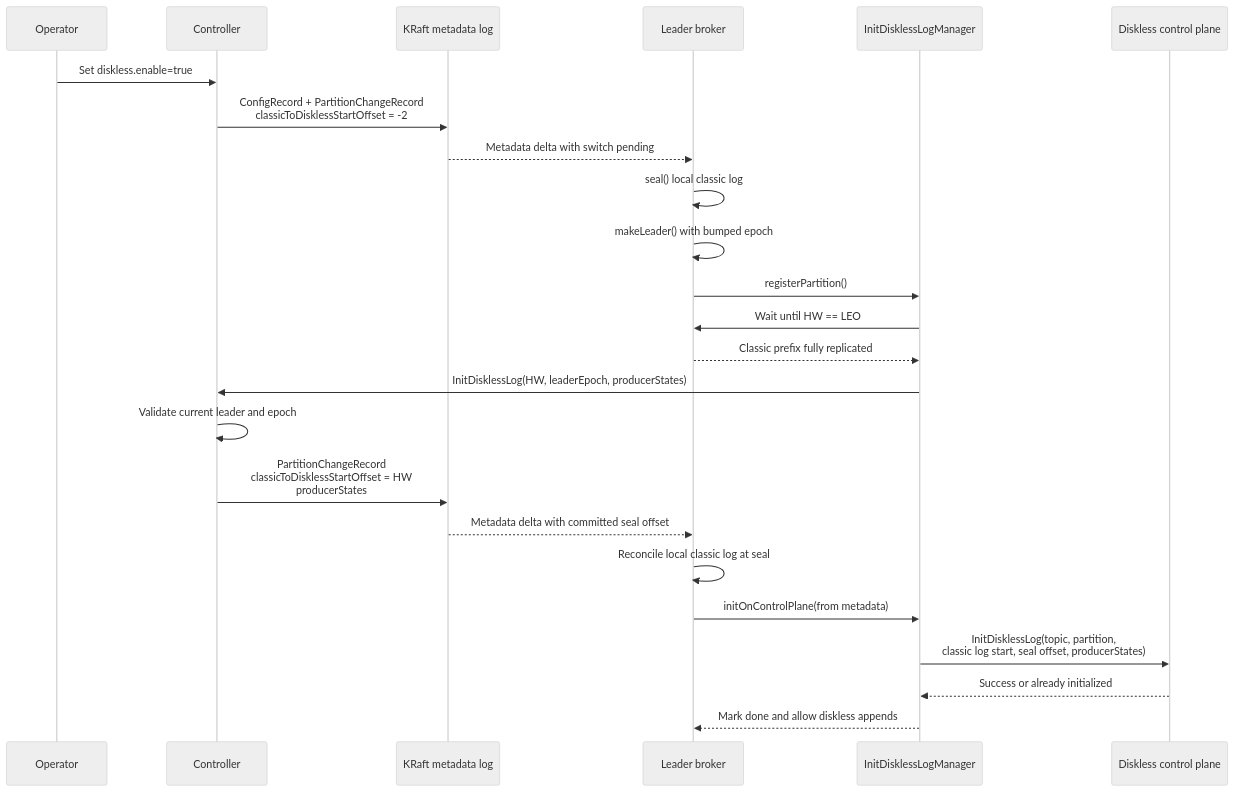
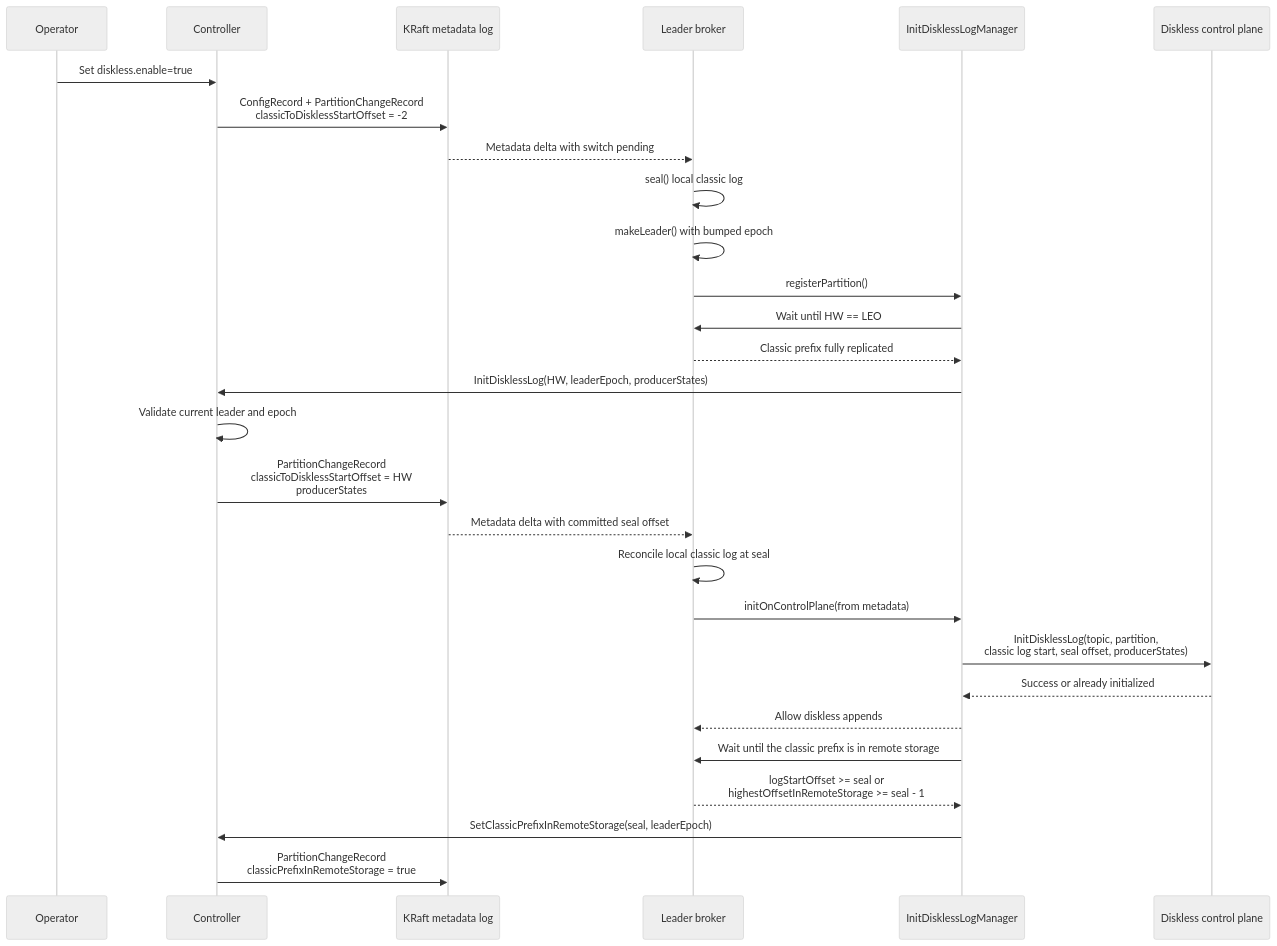
Before and after one commit to aiven/inkless: the diagram in docs/inkless/CLASSIC_TO_DISKLESS_SWITCH.md, drawn with Mermaid (neutral theme). The commit also changed other lines of this file, not shown here.

First line of the commit message:
docs(inkless:switch): document the classic-prefix upload and flag request [KC-588]

````diff
--- a/docs/inkless/CLASSIC_TO_DISKLESS_SWITCH.md
+++ b/docs/inkless/CLASSIC_TO_DISKLESS_SWITCH.md
@@ -40,31 +40,36 @@
 ```mermaid
 sequenceDiagram
     participant Operator
     participant Controller
     participant MetadataLog as KRaft metadata log
     participant Leader as Leader broker
     participant InitManager as InitDisklessLogManager
     participant ControlPlane as Diskless control plane
 
     Operator->>Controller: Set diskless.enable=true
     Controller->>MetadataLog: ConfigRecord + PartitionChangeRecord<br/>classicToDisklessStartOffset = -2
     MetadataLog-->>Leader: Metadata delta with switch pending
 
     Leader->>Leader: seal() local classic log
     Leader->>Leader: makeLeader() with bumped epoch
     Leader->>InitManager: registerPartition()
 
     InitManager->>Leader: Wait until HW == LEO
     Leader-->>InitManager: Classic prefix fully replicated
     InitManager->>Controller: InitDisklessLog(HW, leaderEpoch, producerStates)
 
     Controller->>Controller: Validate current leader and epoch
     Controller->>MetadataLog: PartitionChangeRecord<br/>classicToDisklessStartOffset = HW<br/>producerStates
     MetadataLog-->>Leader: Metadata delta with committed seal offset
 
     Leader->>Leader: Reconcile local classic log at seal
     Leader->>InitManager: initOnControlPlane(from metadata)
     InitManager->>ControlPlane: InitDisklessLog(topic, partition,<br/>classic log start, seal offset, producerStates)
     ControlPlane-->>InitManager: Success or already initialized
-    InitManager-->>Leader: Mark done and allow diskless appends
+    InitManager-->>Leader: Allow diskless appends
+
+    InitManager->>Leader: Wait until the classic prefix is in remote storage
+    Leader-->>InitManager: logStartOffset >= seal or<br/>highestOffsetInRemoteStorage >= seal - 1
+    InitManager->>Controller: SetClassicPrefixInRemoteStorage(seal, leaderEpoch)
+    Controller->>MetadataLog: PartitionChangeRecord<br/>classicPrefixInRemoteStorage = true
 ```
````
